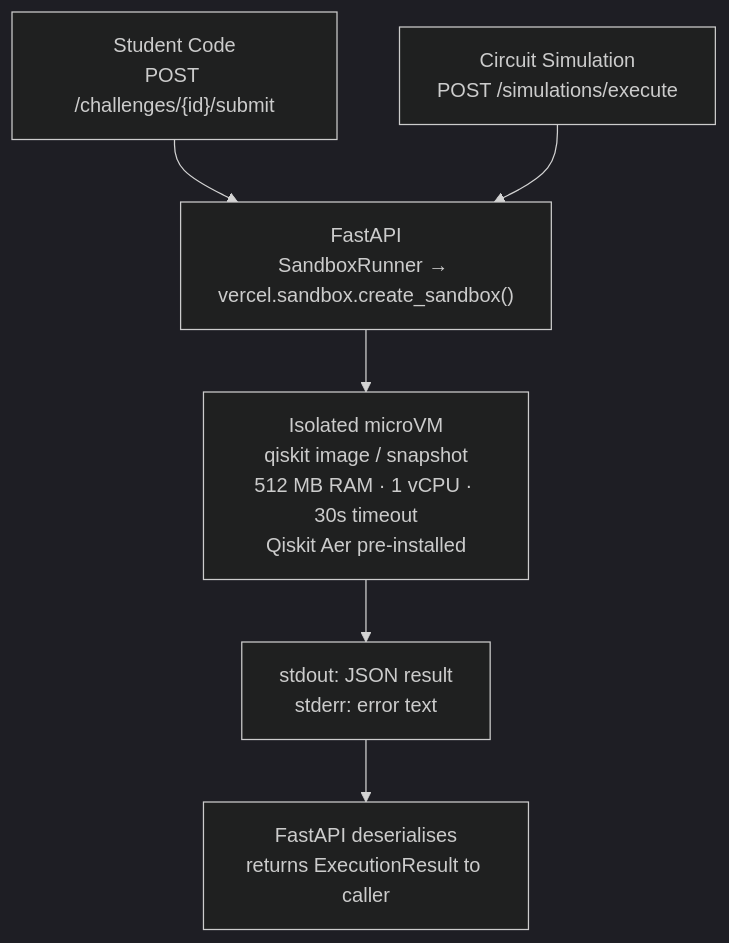
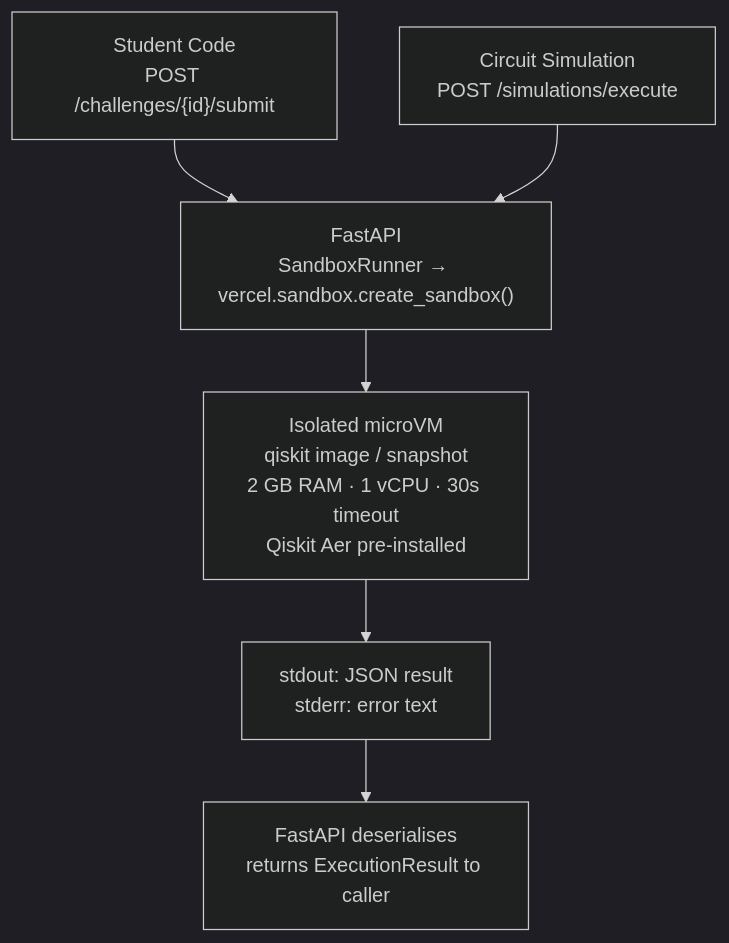
One commit to qphase-ai/Q-Learn changed the diagram in docs/sandbox.md. Above: the diagram before and after it, drawn with Mermaid (dark theme). The commit also changed 10 other files, not shown here.

````diff
--- a/docs/sandbox.md
+++ b/docs/sandbox.md
@@ -11,15 +11,15 @@
 ```mermaid
 flowchart TD
     SC["Student Code\nPOST /challenges/{id}/submit"]
     CS["Circuit Simulation\nPOST /simulations/execute"]
     FORK["FastAPI\nSandboxRunner → vercel.sandbox.create_sandbox()"]
-    VM["Isolated microVM\nqiskit image / snapshot\n512 MB RAM · 1 vCPU · 30s timeout\nQiskit Aer pre-installed"]
+    VM["Isolated microVM\nqiskit image / snapshot\n2 GB RAM · 1 vCPU · 30s timeout\nQiskit Aer pre-installed"]
     OUT["stdout: JSON result\nstderr: error text"]
     PARSE["FastAPI deserialises\nreturns ExecutionResult to caller"]
 
     SC --> FORK
     CS --> FORK
     FORK --> VM
     VM --> OUT
     OUT --> PARSE
 ```
````
